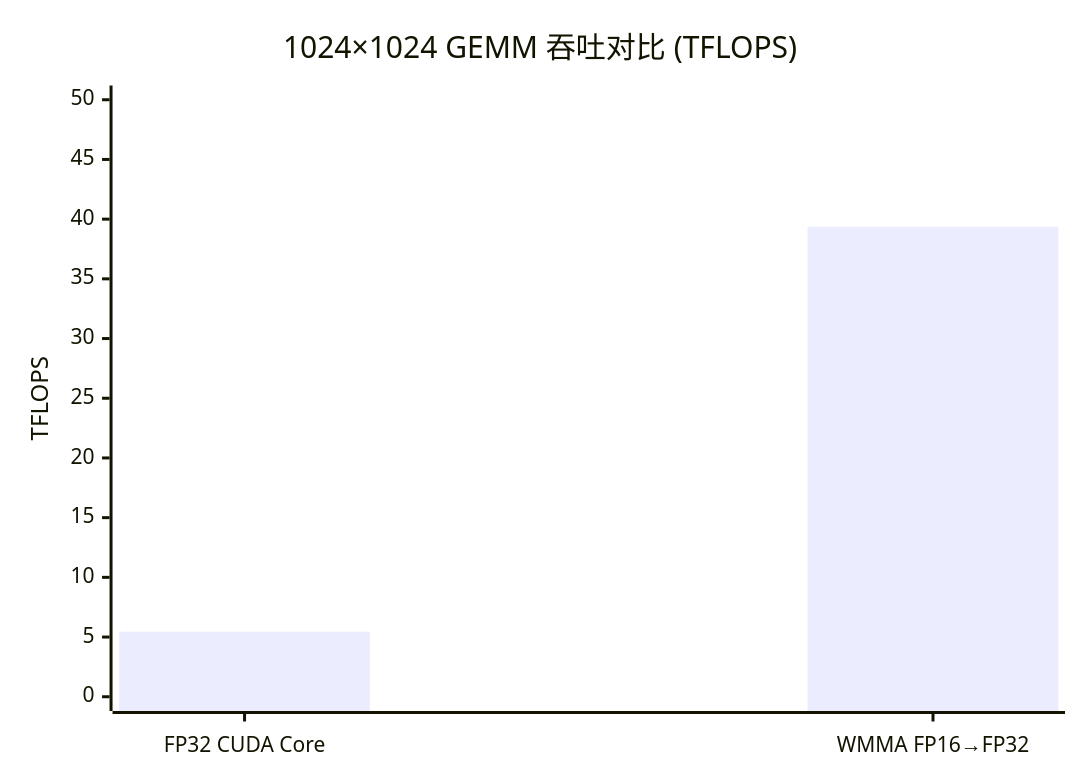
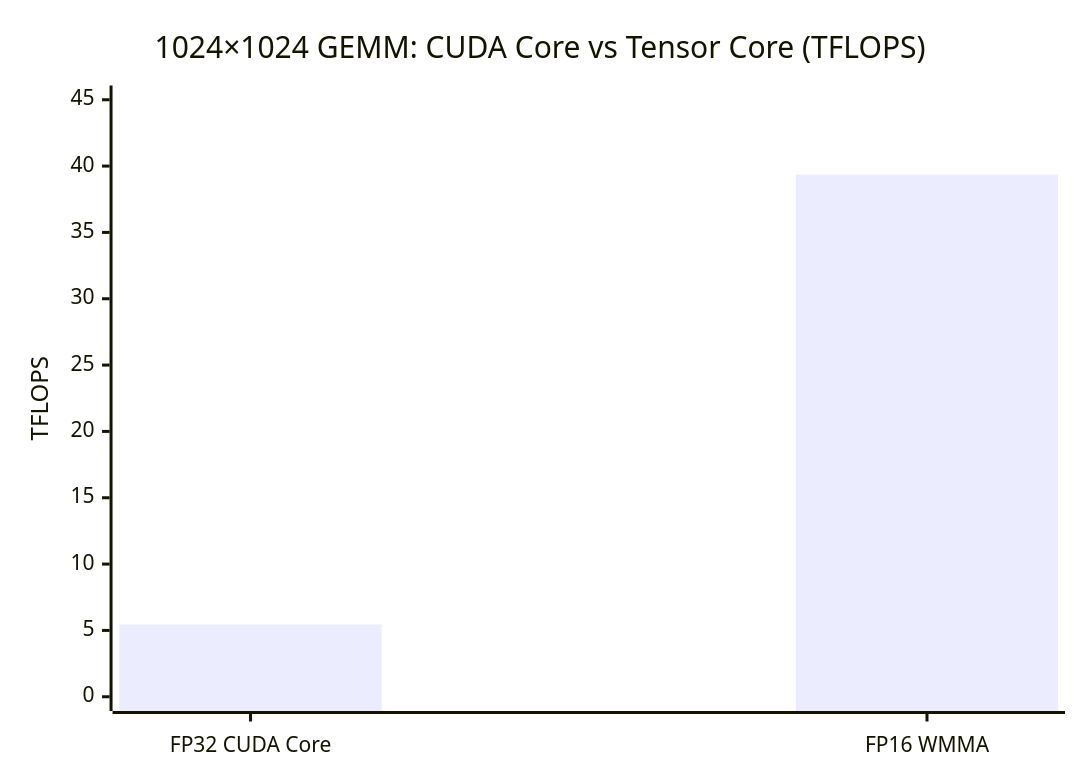
Before and after one commit to psmarter/CUDA-Practice: the second of 2 diagrams in Blogs/09_Tensor_Core_WMMA_Mixed_Precision.md, drawn with Mermaid. The commit also changed other lines of this file and 20 other files, not shown here.

````diff
--- a/Blogs/09_Tensor_Core_WMMA_Mixed_Precision.md
+++ b/Blogs/09_Tensor_Core_WMMA_Mixed_Precision.md
@@ -123,7 +110,7 @@
 ```mermaid
 xychart-beta
-  title "1024×1024 GEMM 吞吐对比 (TFLOPS)"
-  x-axis ["FP32 CUDA Core", "WMMA FP16→FP32"]
-  y-axis "TFLOPS" 0 --> 50
+  title "1024×1024 GEMM: CUDA Core vs Tensor Core (TFLOPS)"
+  x-axis ["FP32 CUDA Core", "FP16 WMMA"]
+  y-axis "TFLOPS" 0 --> 45
   bar [5.45, 39.36]
 ```
````
